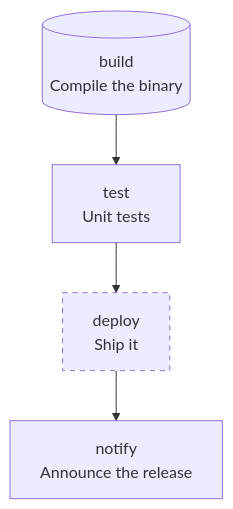
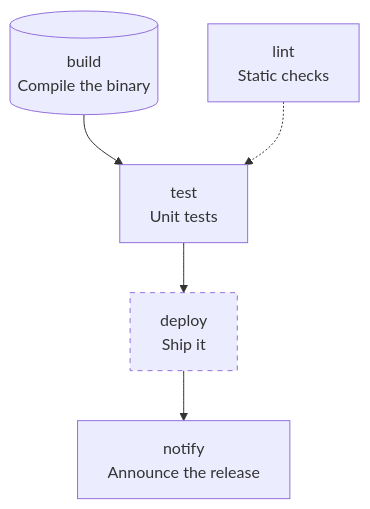
The diagram in internal/graph/test-resources/dag.mermaid (quike/keepup), drawn with Mermaid before and after one commit. The commit also changed 17 other files, not shown here.

Commit message:
feat: dag after: ordering edges on flow run entries (#80)

```diff
--- a/internal/graph/test-resources/dag.mermaid
+++ b/internal/graph/test-resources/dag.mermaid
@@ -1,11 +1,13 @@
 %% flow: ci (mode: dag)
 graph TD
   build[("build<br/>Compile the binary")]
+  lint["lint<br/>Static checks"]
   test["test<br/>Unit tests"]
   deploy["deploy<br/>Ship it"]
   notify["notify<br/>Announce the release"]
   build --> test
   deploy --> notify
+  lint -.-> test
   test --> deploy
   classDef conditional stroke-dasharray: 5 5
   class deploy conditional
```
